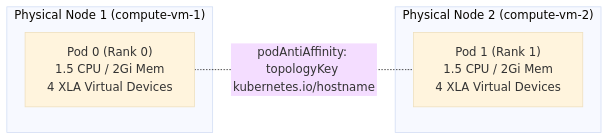
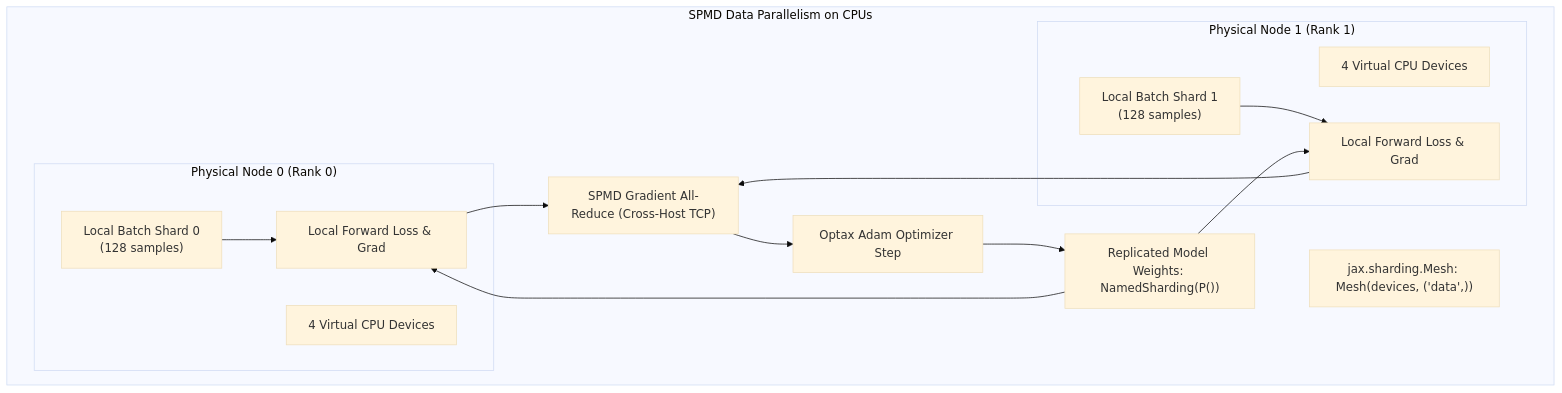
The seventh of 10 diagrams in ARCHITECTURE.md (goabego/Travolta_Multinode_Training), drawn with Mermaid (base theme) before and after one commit. The commit also changed other lines of this file and 28 other files, not shown here.

````diff
--- a/ARCHITECTURE.md
+++ b/ARCHITECTURE.md
@@ -155,12 +195,30 @@
 ```mermaid
-graph LR
-    subgraph Node1["Physical Node 1 (compute-vm-1)"]
-        Pod0["Pod 0 (Rank 0)\n1.5 CPU / 2Gi Mem\n4 XLA Virtual Devices"]
-    end
-    
-    subgraph Node2["Physical Node 2 (compute-vm-2)"]
-        Pod1["Pod 1 (Rank 1)\n1.5 CPU / 2Gi Mem\n4 XLA Virtual Devices"]
+flowchart TD
+    subgraph DDP["SPMD Data Parallelism on CPUs"]
+        subgraph Node0["Physical Node 0 (Rank 0)"]
+            Devs0["4 Virtual CPU Devices"]
+            Shard0["Local Batch Shard 0\n(128 samples)"]
+            Loss0["Local Forward Loss & Grad"]
+        end
+
+        subgraph Node1["Physical Node 1 (Rank 1)"]
+            Devs1["4 Virtual CPU Devices"]
+            Shard1["Local Batch Shard 1\n(128 samples)"]
+            Loss1["Local Forward Loss & Grad"]
+        end
+
+        Mesh["jax.sharding.Mesh: Mesh(devices, ('data',))"]
+        Weights["Replicated Model Weights: NamedSharding(P())"]
+        AllReduce["SPMD Gradient All-Reduce (Cross-Host TCP)"]
+        Optimizer["Optax Adam Optimizer Step"]
     end
 
-    Pod0 -.-|podAntiAffinity: topologyKey kubernetes.io/hostname| Pod1
+    Shard0 --> Loss0
+    Shard1 --> Loss1
+    Loss0 --> AllReduce
+    Loss1 --> AllReduce
+    Weights --> Loss0
+    Weights --> Loss1
+    AllReduce --> Optimizer
+    Optimizer --> Weights
 ```
````
